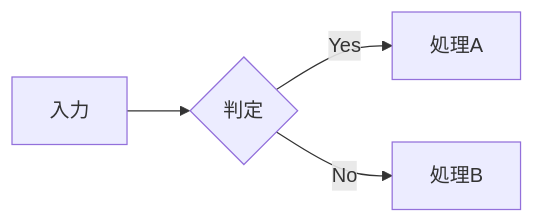
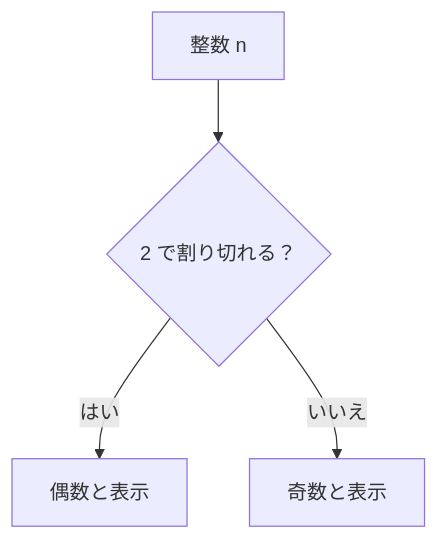
The diagram in contents/23-figures.md (Atelier-Mirai/vivlio-starter), drawn with Mermaid before and after one commit. The commit also changed other lines of this file and 1 other file, not shown here.

First line of the commit message:
12・23 章を見直す（短い表の横並び・例の左右並べ・mermaid の例）

````diff
--- a/contents/23-figures.md
+++ b/contents/23-figures.md
@@ -417,6 +422,6 @@
 ```mermaid
-graph LR
-  A[入力] --> B{判定}
-  B -->|Yes| C[処理A]
-  B -->|No| D[処理B]
+graph TD
+  A[整数 n] --> B{2 で割り切れる？}
+  B -->|はい| C[偶数と表示]
+  B -->|いいえ| D[奇数と表示]
 ```
````
